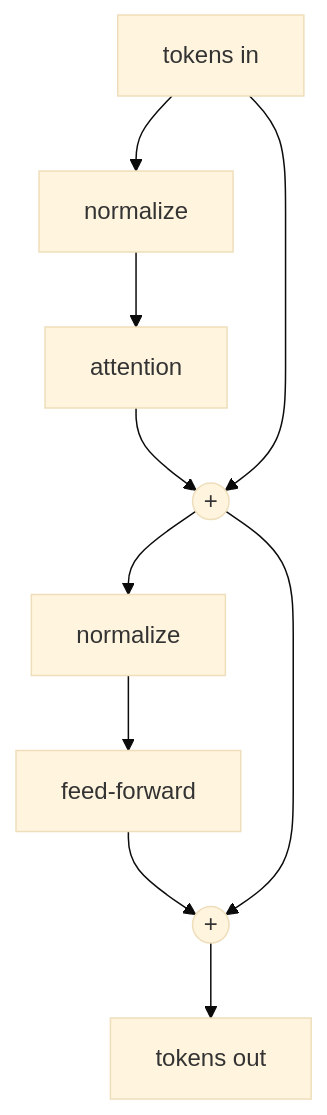
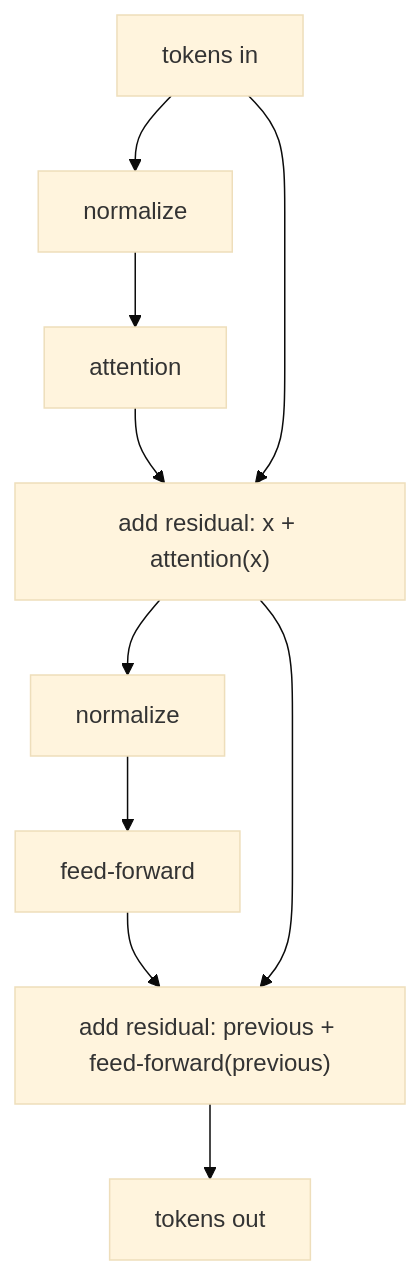
Before and after one commit to openlanguagemodel/openlanguagemodel: the first of 2 diagrams in docs/learn/a-transformer-block.md, drawn with Mermaid (base theme). The commit also changed other lines of this file and 8 other files, not shown here.

Commit message:
Refine homepage flow and course lessons

````diff
--- a/docs/learn/a-transformer-block.md
+++ b/docs/learn/a-transformer-block.md
@@ -124,8 +129,8 @@
 ```mermaid
 flowchart TD
-    x[tokens in] --> n1[normalize] --> a[attention] --> r1(("+"))
+    x[tokens in] --> n1[normalize] --> a[attention] --> r1["add residual: x + attention(x)"]
     x --> r1
-    r1 --> n2[normalize] --> f[feed-forward] --> r2(("+"))
+    r1 --> n2[normalize] --> f[feed-forward] --> r2["add residual: previous + feed-forward(previous)"]
     r1 --> r2
     r2 --> y[tokens out]
 ```
````
